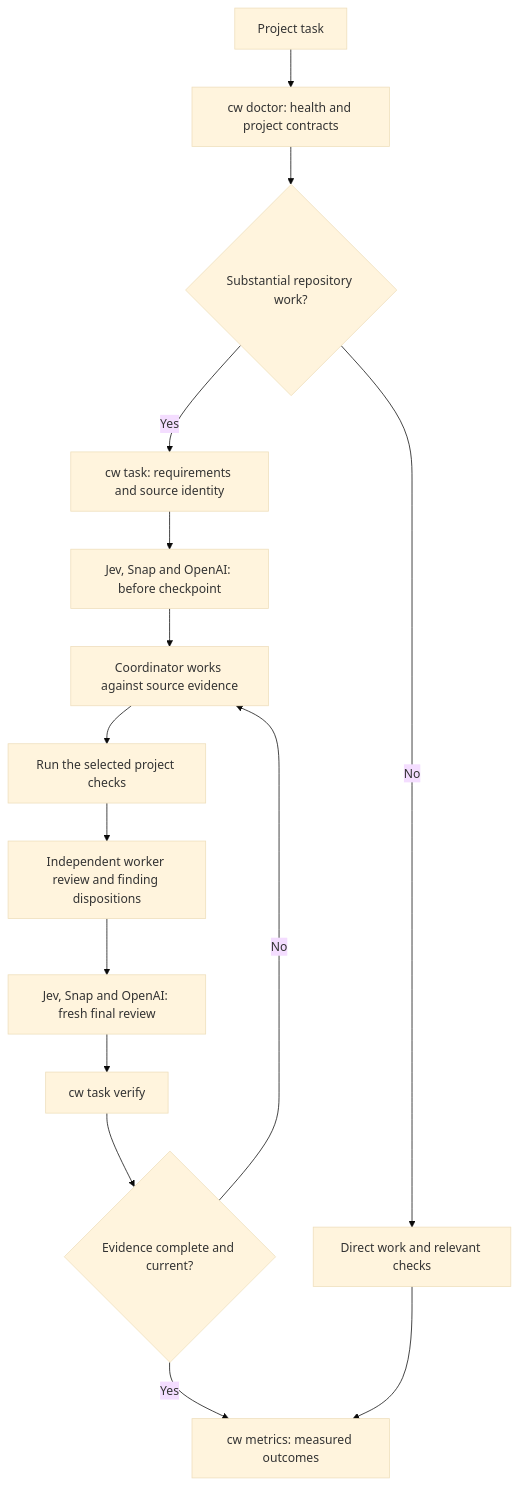
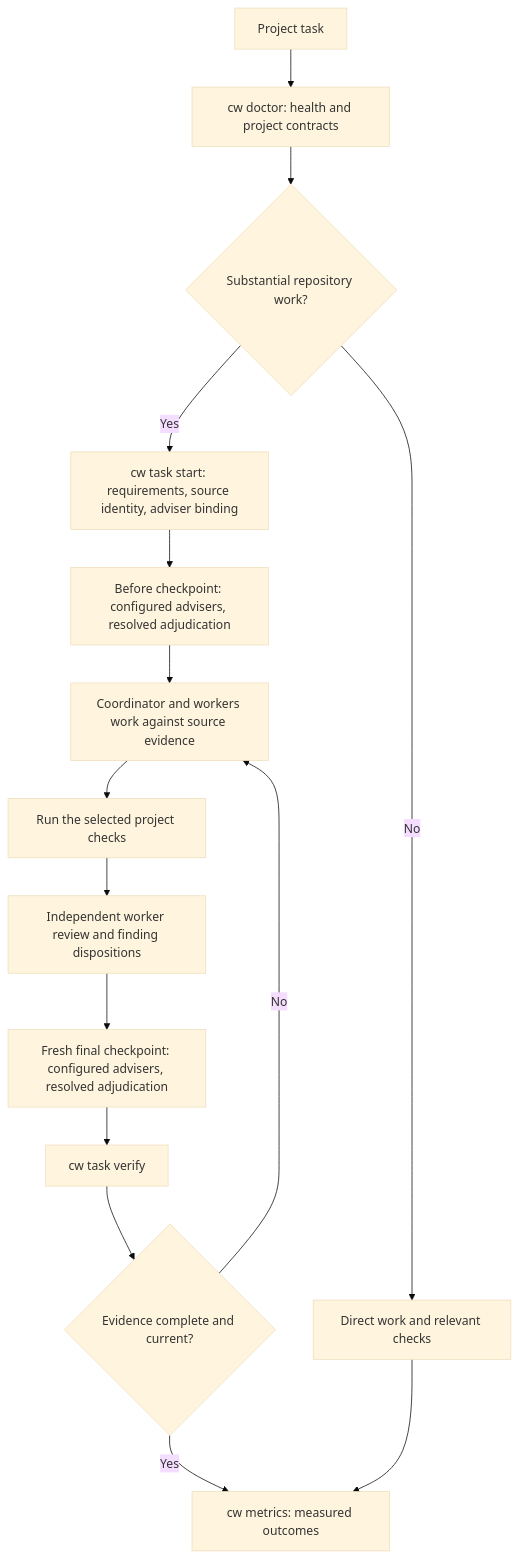
Before and after one commit to belevtsev/agent-workflows: the first of 2 diagrams in README.md, drawn with Mermaid (base theme). The commit also changed other lines of this file and 272 other files, not shown here.

````diff
--- a/README.md
+++ b/README.md
@@ -343,17 +368,17 @@
 ```mermaid
 flowchart TD
     Task[Project task] --> Doctor[cw doctor: health and project contracts]
     Doctor --> Size{Substantial repository work?}
     Size -->|No| Small[Direct work and relevant checks]
-    Size -->|Yes| Record[cw task: requirements and source identity]
-    Record --> Before[Jev, Snap and OpenAI: before checkpoint]
-    Before --> Work[Coordinator works against source evidence]
+    Size -->|Yes| Record[cw task start: requirements, source identity, adviser binding]
+    Record --> Before[Before checkpoint: configured advisers, resolved adjudication]
+    Before --> Work[Coordinator and workers work against source evidence]
     Work --> Checks[Run the selected project checks]
     Checks --> Review[Independent worker review and finding dispositions]
-    Review --> Final[Jev, Snap and OpenAI: fresh final review]
+    Review --> Final[Fresh final checkpoint: configured advisers, resolved adjudication]
     Final --> Verify[cw task verify]
     Verify --> Complete{Evidence complete and current?}
     Complete -->|No| Work
     Complete -->|Yes| Metrics[cw metrics: measured outcomes]
     Small --> Metrics
 ```
````
